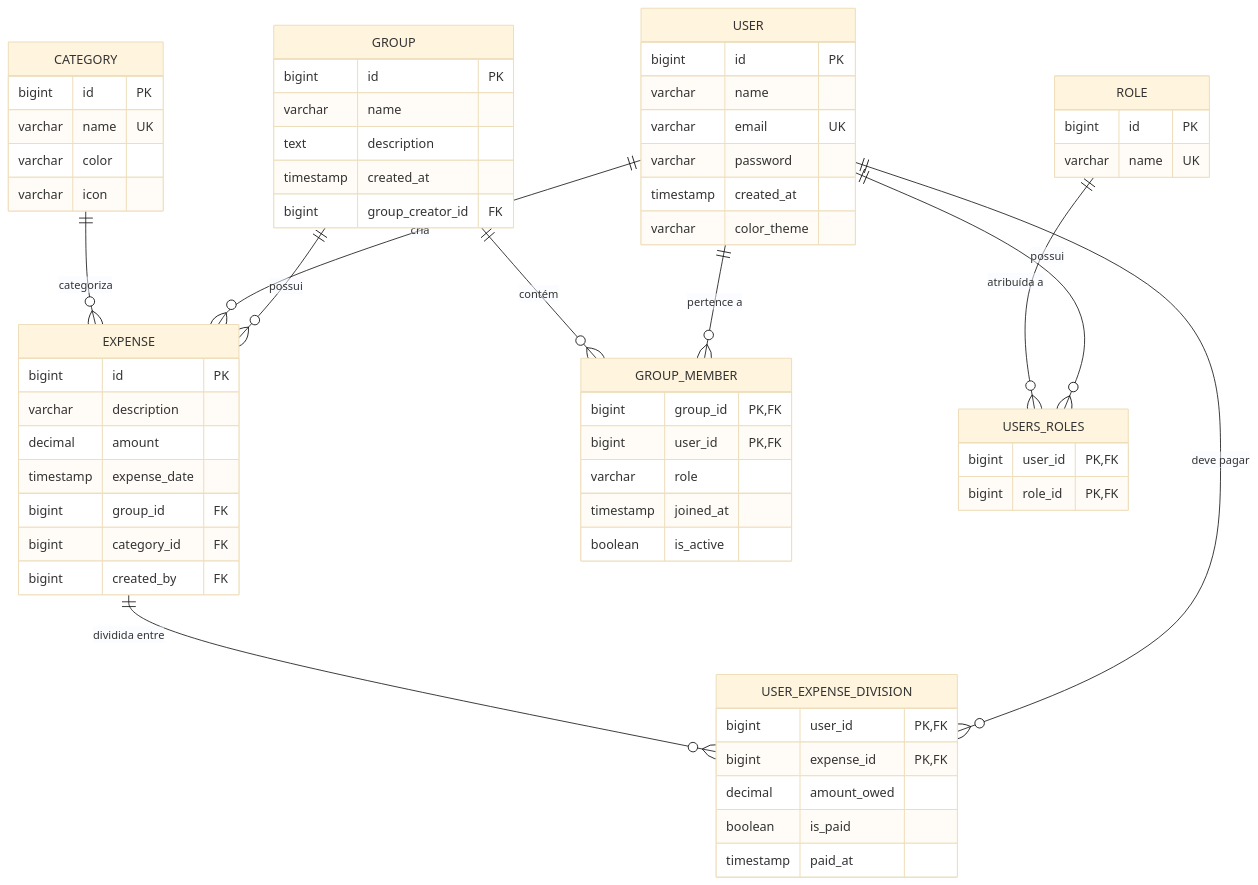
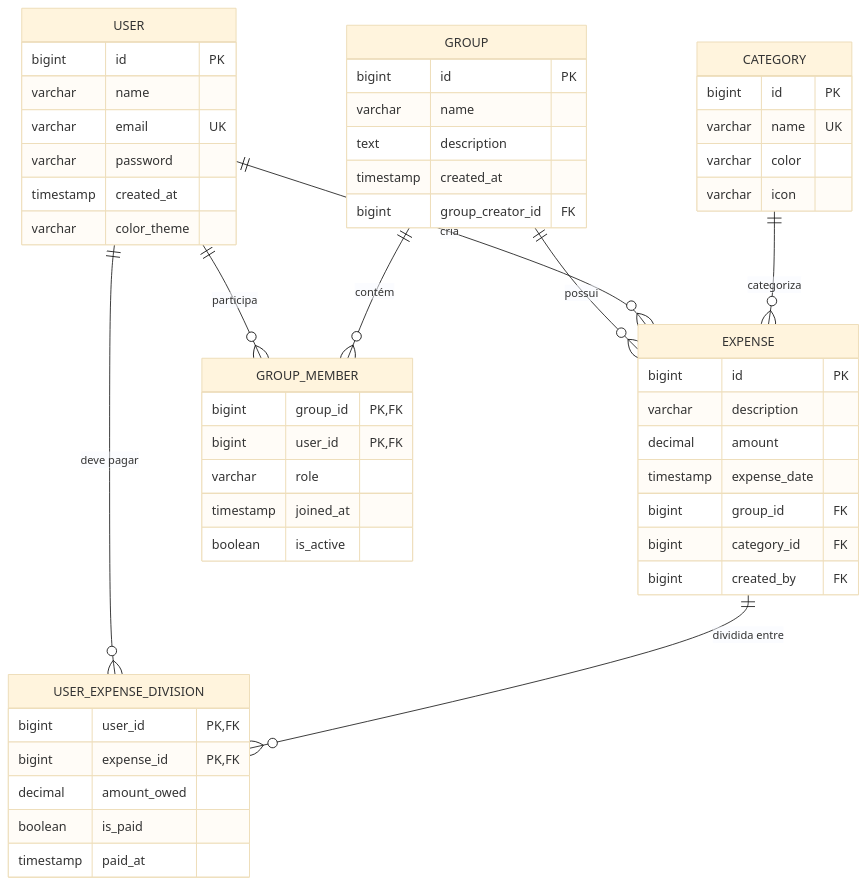
One commit to Finboostplus/finboostplus-app changed the diagram in docs/backend/models.md. Above: the diagram before and after it, drawn with Mermaid (base theme). The commit also changed other lines of this file and 19 other files, not shown here.

````diff
--- a/docs/backend/models.md
+++ b/docs/backend/models.md
@@ -22,72 +14,60 @@
 ```mermaid
 erDiagram
     USER {
         bigint id PK
         varchar name
         varchar email UK
         varchar password
         timestamp created_at
         varchar color_theme
-    }
-    
-    ROLE {
-        bigint id PK
-        varchar name UK
     }
     
     GROUP {
         bigint id PK
         varchar name
         text description
         timestamp created_at
         bigint group_creator_id FK
     }
     
     EXPENSE {
         bigint id PK
         varchar description
         decimal amount
         timestamp expense_date
         bigint group_id FK
         bigint category_id FK
         bigint created_by FK
     }
     
     CATEGORY {
         bigint id PK
         varchar name UK
         varchar color
         varchar icon
     }
     
     GROUP_MEMBER {
         bigint group_id PK,FK
         bigint user_id PK,FK
         varchar role
         timestamp joined_at
         boolean is_active
     }
     
     USER_EXPENSE_DIVISION {
         bigint user_id PK,FK
         bigint expense_id PK,FK
         decimal amount_owed
         boolean is_paid
         timestamp paid_at
     }
-    
-    USERS_ROLES {
-        bigint user_id PK,FK
-        bigint role_id PK,FK
-    }
 
-    USER ||--o{ GROUP_MEMBER : "pertence a"
+    USER ||--o{ GROUP_MEMBER : "participa"
     GROUP ||--o{ GROUP_MEMBER : "contém"
     GROUP ||--o{ EXPENSE : "possui"
     USER ||--o{ EXPENSE : "cria"
     CATEGORY ||--o{ EXPENSE : "categoriza"
     USER ||--o{ USER_EXPENSE_DIVISION : "deve pagar"
     EXPENSE ||--o{ USER_EXPENSE_DIVISION : "dividida entre"
-    USER ||--o{ USERS_ROLES : "possui"
-    ROLE ||--o{ USERS_ROLES : "atribuída a"
 ```
````
